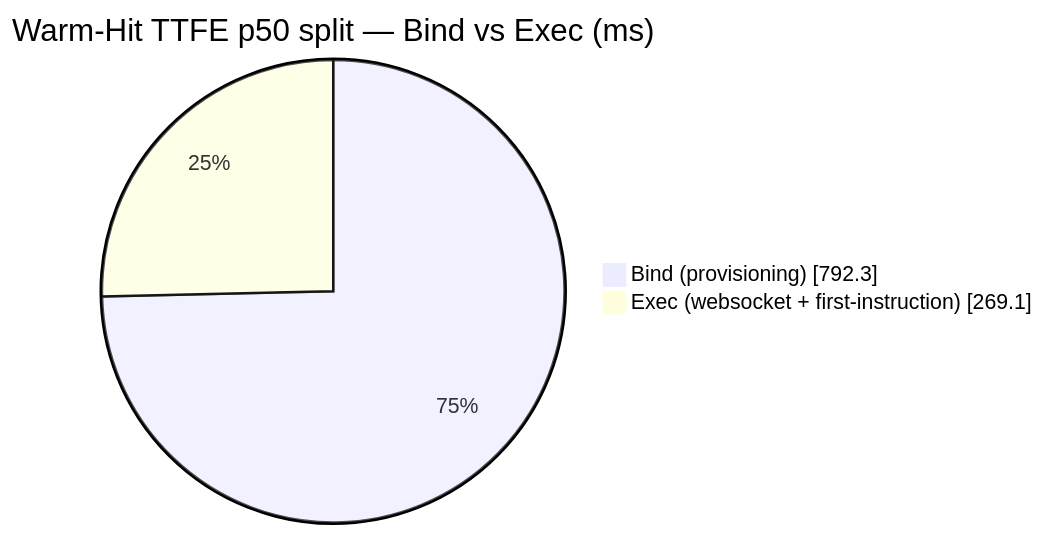
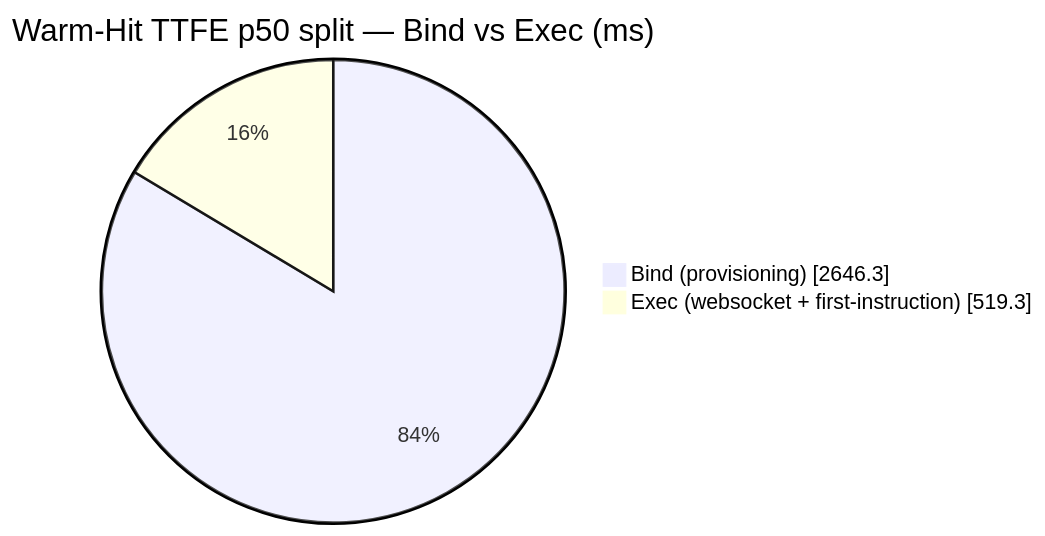
Before and after one commit to AlexBulankou/honest-bench: the diagram in DETAILS.md, drawn with Mermaid. The commit also changed other lines of this file and 3 other files, not shown here.

````diff
--- a/DETAILS.md
+++ b/DETAILS.md
@@ -64,6 +64,6 @@
 ```mermaid
 pie showData
     title Warm-Hit TTFE p50 split — Bind vs Exec (ms)
-    "Bind (provisioning)" : 792.3
-    "Exec (websocket + first-instruction)" : 269.1
+    "Bind (provisioning)" : 2646.3
+    "Exec (websocket + first-instruction)" : 519.3
 ```
````
